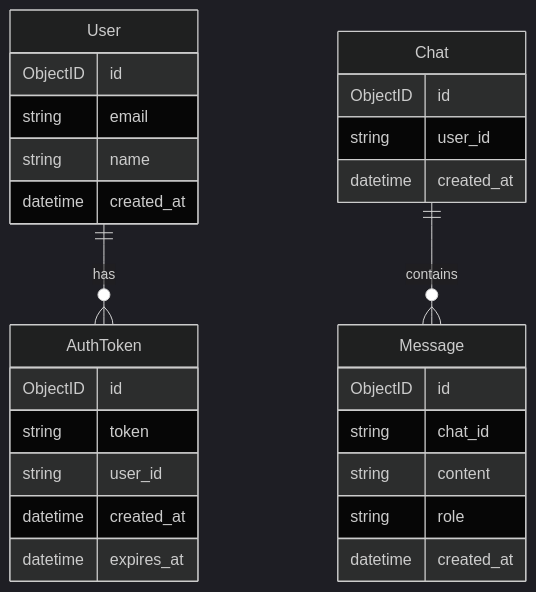
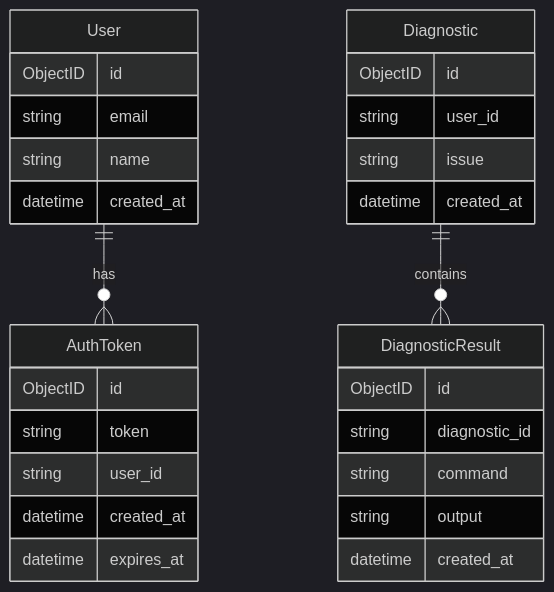
One commit to nannyagent/nannyapi changed the third of 3 diagrams in docs/ARCHITECTURE.md. Above: the diagram before and after it, drawn with Mermaid (dark theme). The commit also changed other lines of this file and 21 other files, not shown here.

````diff
--- a/docs/ARCHITECTURE.md
+++ b/docs/ARCHITECTURE.md
@@ -110,30 +97,31 @@
 ```mermaid
 erDiagram
     User ||--o{ AuthToken : has
     User {
         ObjectID id
         string email
         string name
         datetime created_at
     }
     AuthToken {
         ObjectID id
         string token
         string user_id
         datetime created_at
         datetime expires_at
     }
-    Chat ||--o{ Message : contains
-    Chat {
+    Diagnostic ||--o{ DiagnosticResult : contains
+    Diagnostic {
         ObjectID id
         string user_id
+        string issue
         datetime created_at
     }
-    Message {
+    DiagnosticResult {
         ObjectID id
-        string chat_id
-        string content
-        string role
+        string diagnostic_id
+        string command
+        string output
         datetime created_at
     }
 ```
````
